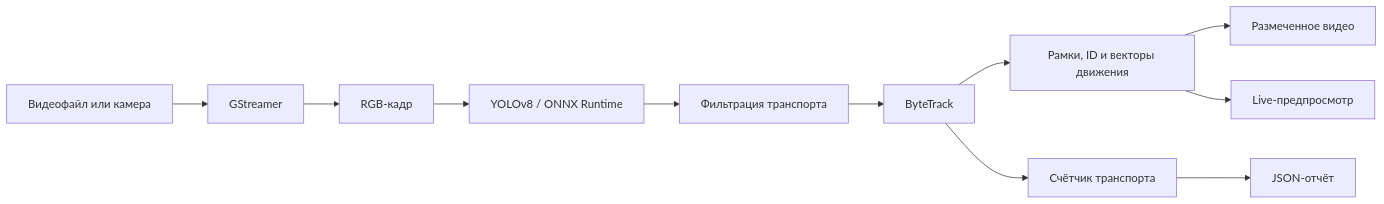
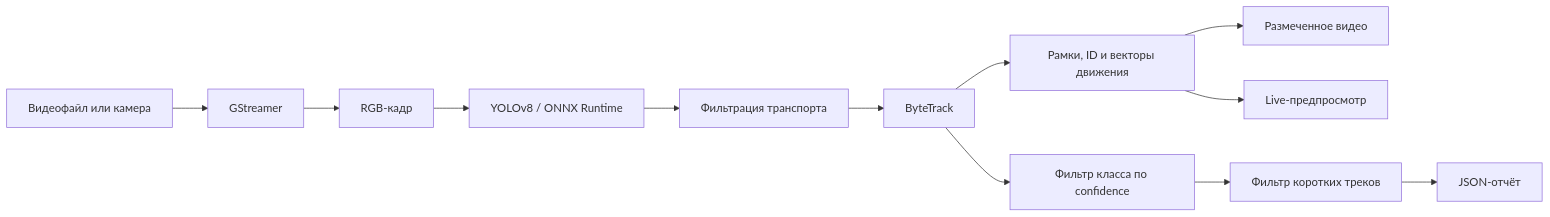
One commit to AntonSlon/rust-vehicle-analytics changed the diagram in README_RU.md. Above: the diagram before and after it, drawn with Mermaid. The commit also changed other lines of this file and 7 other files, not shown here.

````diff
--- a/README_RU.md
+++ b/README_RU.md
@@ -53,13 +56,14 @@
 ```mermaid
 flowchart LR
     A[Видеофайл или камера] --> B[GStreamer]
     B --> C[RGB-кадр]
     C --> D[YOLOv8 / ONNX Runtime]
     D --> E[Фильтрация транспорта]
     E --> F[ByteTrack]
     F --> G[Рамки, ID и векторы движения]
     G --> H[Размеченное видео]
     G --> I[Live-предпросмотр]
-    F --> J[Счётчик транспорта]
-    J --> K[JSON-отчёт]
+    F --> J[Фильтр класса по confidence]
+    J --> K[Фильтр коротких треков]
+    K --> L[JSON-отчёт]
 ```
````
